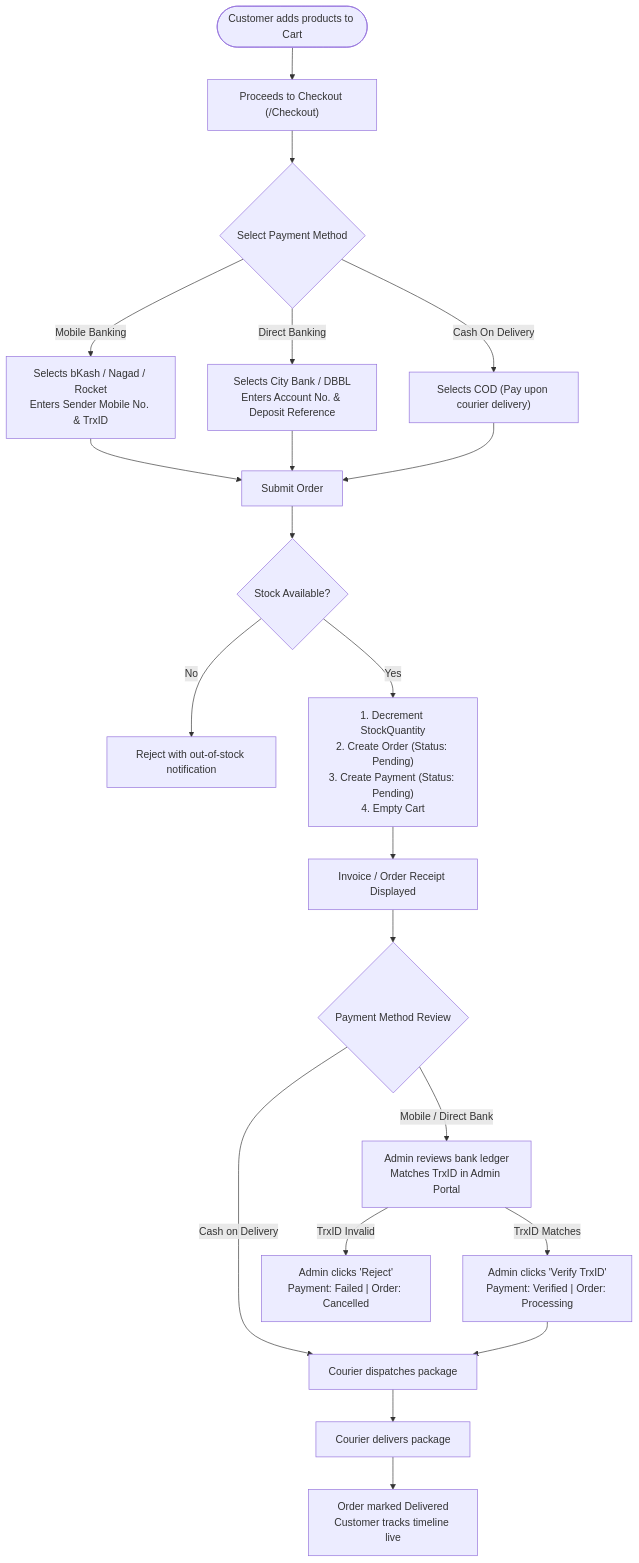
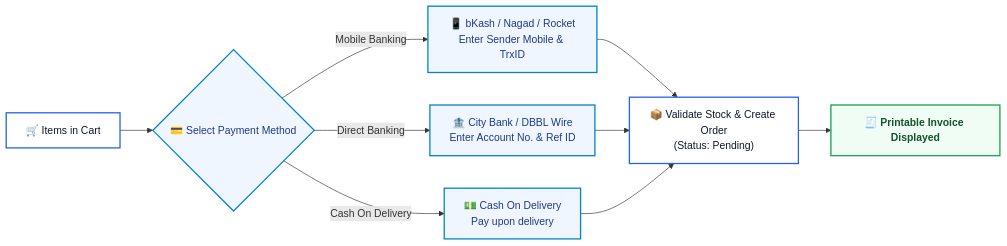
One commit to Bahar0900/Productstore changed the fifth of 7 diagrams in README.md. Above: the diagram before and after it, drawn with Mermaid. The commit also changed other lines of this file, not shown here.

Commit message:
docs: redesign diagrams with crisp white theme, modular workflows, and clear iconography

````diff
--- a/README.md
+++ b/README.md
@@ -171,31 +164,18 @@
 ```mermaid
-flowchart TD
-    Start(["Customer adds products to Cart"]) --> Checkout["Proceeds to Checkout (/Checkout)"]
-    Checkout --> SelectPay{"Select Payment Method"}
+flowchart LR
+    classDef action fill:#ffffff,stroke:#2563eb,stroke-width:2px,color:#0f172a;
+    classDef pay fill:#eff6ff,stroke:#0284c7,stroke-width:2px,color:#1e3a8a;
+    classDef complete fill:#f0fdf4,stroke:#16a34a,stroke-width:2px,color:#14532d,font-weight:bold;
 
-    SelectPay -->|Mobile Banking| MobForm["Selects bKash / Nagad / Rocket<br/>Enters Sender Mobile No. & TrxID"]
-    SelectPay -->|Direct Banking| BankForm["Selects City Bank / DBBL<br/>Enters Account No. & Deposit Reference"]
-    SelectPay -->|Cash On Delivery| CODForm["Selects COD (Pay upon courier delivery)"]
+    Cart["🛒 Items in Cart"]:::action --> SelectPay{"💳 Select Payment Method"}:::pay
 
-    MobForm --> SubmitOrder["Submit Order"]
-    BankForm --> SubmitOrder
-    CODForm --> SubmitOrder
+    SelectPay -->|Mobile Banking| Mob["📱 bKash / Nagad / Rocket<br/>Enter Sender Mobile & TrxID"]:::pay
+    SelectPay -->|Direct Banking| Bank["🏦 City Bank / DBBL Wire<br/>Enter Account No. & Ref ID"]:::pay
+    SelectPay -->|Cash On Delivery| COD["💵 Cash On Delivery<br/>Pay upon delivery"]:::pay
 
-    SubmitOrder --> StockCheck{"Stock Available?"}
-    StockCheck -->|No| RejectOrder["Reject with out-of-stock notification"]
-    StockCheck -->|Yes| CreateRecords["1. Decrement StockQuantity<br/>2. Create Order (Status: Pending)<br/>3. Create Payment (Status: Pending)<br/>4. Empty Cart"]
+    Mob --> OrderGen["📦 Validate Stock & Create Order<br/>(Status: Pending)"]:::action
+    Bank --> OrderGen
+    COD --> OrderGen
 
-    CreateRecords --> Confirmation["Invoice / Order Receipt Displayed"]
-
-    Confirmation --> AdminReview{"Payment Method Review"}
-
-    AdminReview -->|Mobile / Direct Bank| AdminVerif["Admin reviews bank ledger<br/>Matches TrxID in Admin Portal"]
-    AdminReview -->|Cash on Delivery| Dispatch["Courier dispatches package"]
-
-    AdminVerif -->|TrxID Matches| ApprovePay["Admin clicks 'Verify TrxID'<br/>Payment: Verified | Order: Processing"]
-    AdminVerif -->|TrxID Invalid| RejectPay["Admin clicks 'Reject'<br/>Payment: Failed | Order: Cancelled"]
-
-    ApprovePay --> Dispatch
-    Dispatch --> Delivery["Courier delivers package"]
-    Delivery --> Complete["Order marked Delivered<br/>Customer tracks timeline live"]
+    OrderGen --> Confirm["🧾 Printable Invoice Displayed"]:::complete
 ```
````
